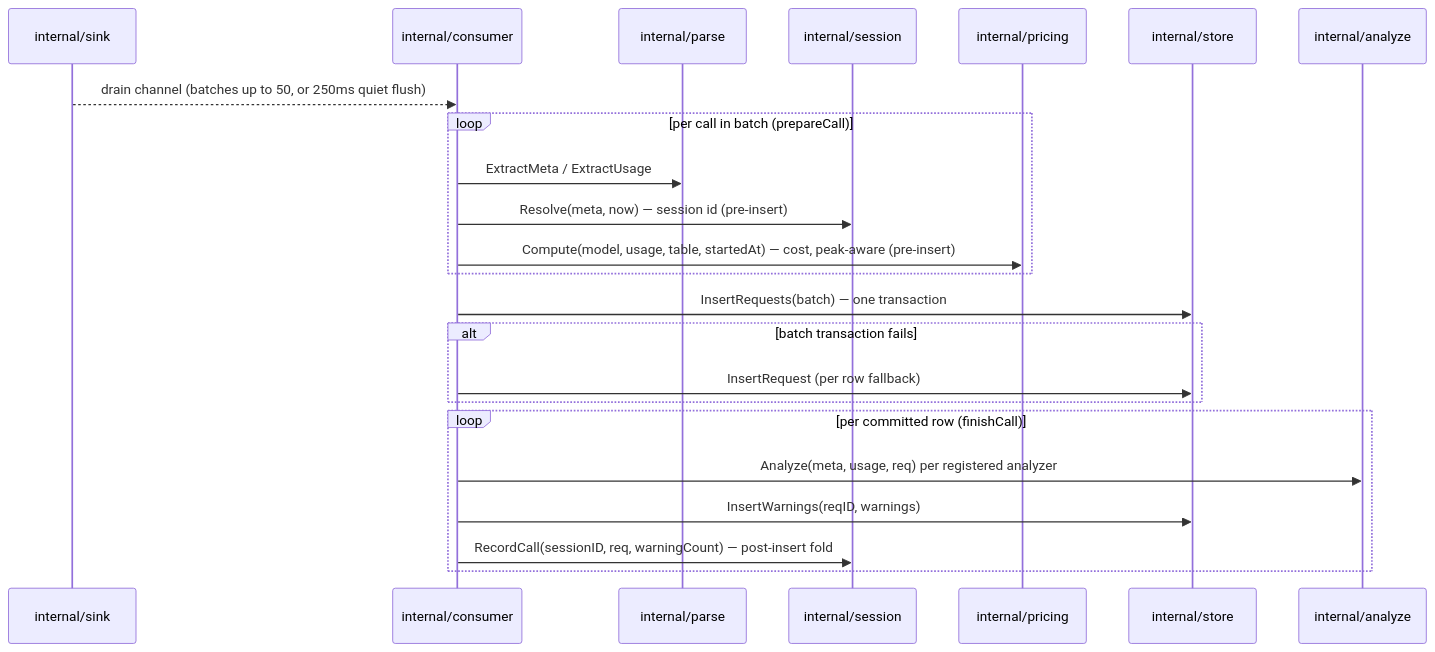
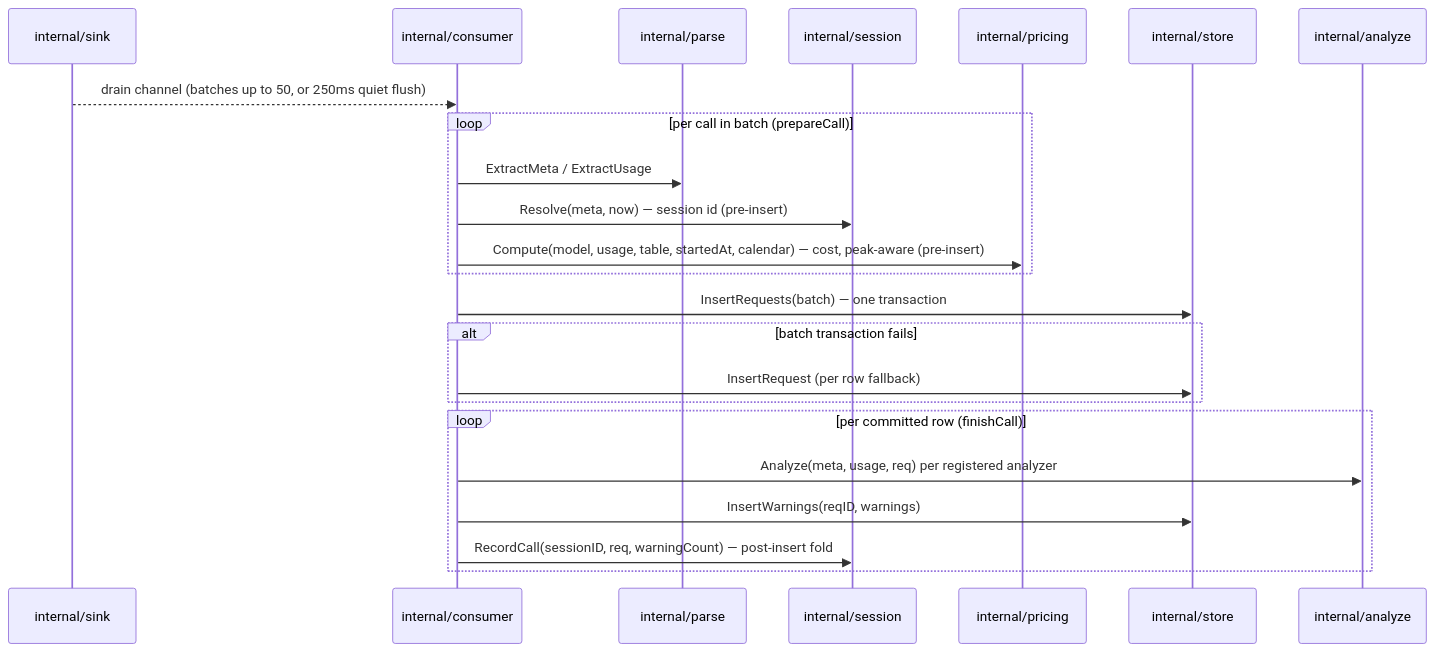
Before and after one commit to abhisheksarkar30/deepseek-lens: the second of 3 diagrams in docs/context/workflows.md, drawn with Mermaid. The commit also changed other lines of this file and 9 other files, not shown here.

````diff
--- a/docs/context/workflows.md
+++ b/docs/context/workflows.md
@@ -40,26 +40,26 @@
 ```mermaid
 sequenceDiagram
     participant Sk as internal/sink
     participant Co as internal/consumer
     participant Pa as internal/parse
     participant Se as internal/session
     participant Pr as internal/pricing
     participant St as internal/store
     participant An as internal/analyze
 
     Sk-->>Co: drain channel (batches up to 50, or 250ms quiet flush)
     loop per call in batch (prepareCall)
         Co->>Pa: ExtractMeta / ExtractUsage
         Co->>Se: Resolve(meta, now) — session id (pre-insert)
-        Co->>Pr: Compute(model, usage, table, startedAt) — cost, peak-aware (pre-insert)
+        Co->>Pr: Compute(model, usage, table, startedAt, calendar) — cost, peak-aware (pre-insert)
     end
     Co->>St: InsertRequests(batch) — one transaction
     alt batch transaction fails
         Co->>St: InsertRequest (per row fallback)
     end
     loop per committed row (finishCall)
         Co->>An: Analyze(meta, usage, req) per registered analyzer
         Co->>St: InsertWarnings(reqID, warnings)
         Co->>Se: RecordCall(sessionID, req, warningCount) — post-insert fold
     end
 ```
````
